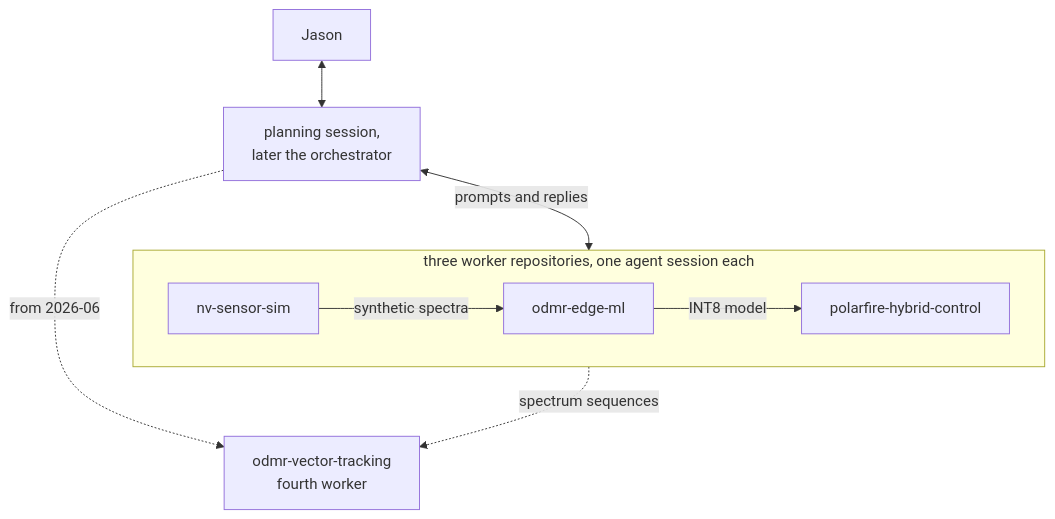
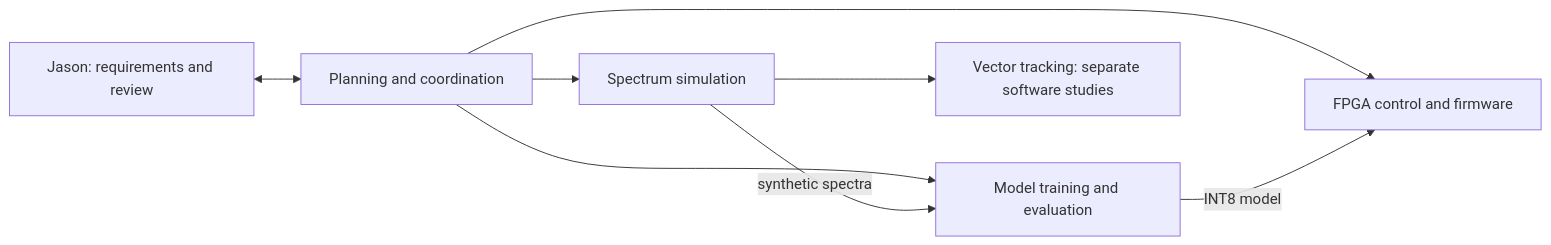
The diagram in README.md (jasonphillip/tychon-quantum-sensing), drawn with Mermaid before and after one commit. The commit also changed other lines of this file and 17 other files, not shown here.

Commit message:
Refresh the front page, planning and agent snapshots

````diff
--- a/README.md
+++ b/README.md
@@ -31,11 +29,10 @@
 ```mermaid
-flowchart TD
-  J["Jason"] <--> P["planning session,<br/>later the orchestrator"]
-  P <-->|"prompts and replies"| W
-  subgraph W["three worker repositories, one agent session each"]
-    direction LR
-    S["nv-sensor-sim"] -->|"synthetic spectra"| E["odmr-edge-ml"] -->|"INT8 model"| F["polarfire-hybrid-control"]
-  end
-  P -.->|"from 2026-06"| T["odmr-vector-tracking<br/>fourth worker"]
-  S -.->|"spectrum sequences"| T
+flowchart LR
+  J["Jason: requirements and review"] <--> O["Planning and coordination"]
+  O --> S["Spectrum simulation"]
+  O --> M["Model training and evaluation"]
+  O --> F["FPGA control and firmware"]
+  S -->|"synthetic spectra"| M
+  M -->|"INT8 model"| F
+  S --> T["Vector tracking: separate software studies"]
 ```
````
